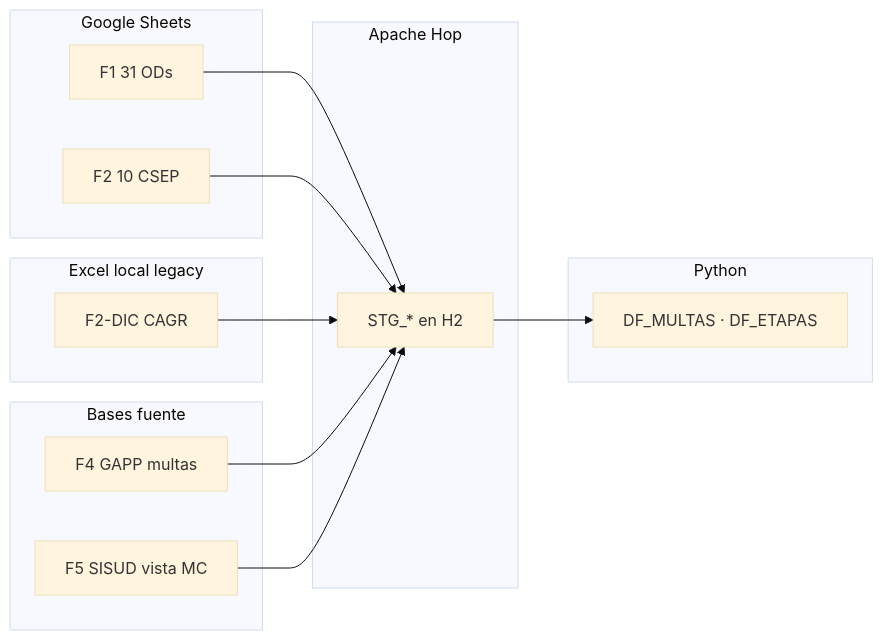
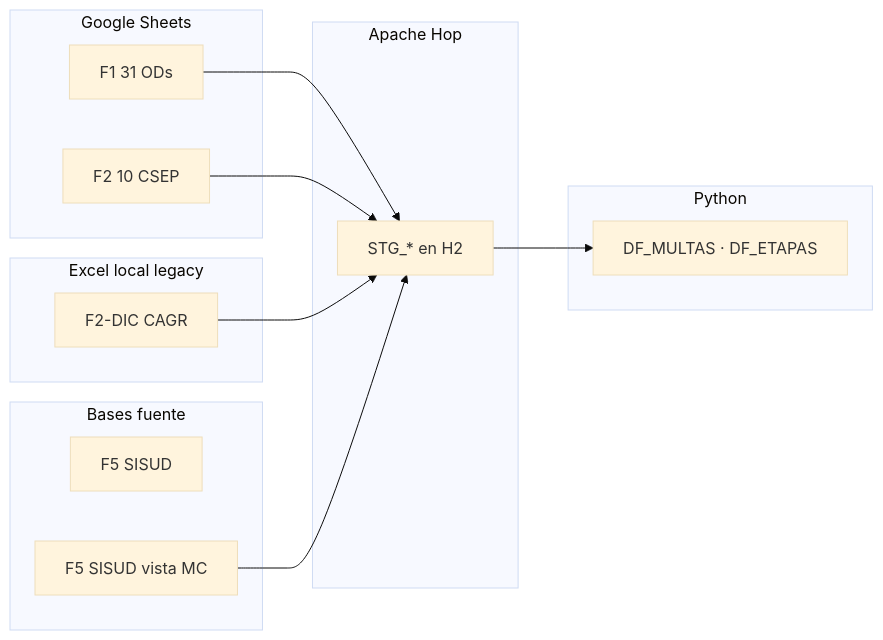
Before and after one commit to nwodevops/multa_informes_etl: the diagram in docs/inputs/README.md, drawn with Mermaid (base theme). The commit also changed other lines of this file and 60 other files, not shown here.

````diff
--- a/docs/inputs/README.md
+++ b/docs/inputs/README.md
@@ -29,31 +28,30 @@
 ```mermaid
 flowchart LR
   subgraph sheets [Google Sheets]
     F1["F1 31 ODs"]
     F2["F2 10 CSEP"]
   end
 
   subgraph excel [Excel local legacy]
     DIC["F2-DIC CAGR"]
   end
 
   subgraph remoto [Bases fuente]
-    F4["F4 GAPP multas"]
+    F5only["F5 SISUD"]
     F5["F5 SISUD vista MC"]
   end
 
   subgraph hop [Apache Hop]
     STG["STG_* en H2"]
   end
 
   subgraph py [Python]
     DF["DF_MULTAS · DF_ETAPAS"]
   end
 
   F1 --> STG
   F2 --> STG
   DIC --> STG
-  F4 --> STG
   F5 --> STG
   STG --> DF
 ```
````
